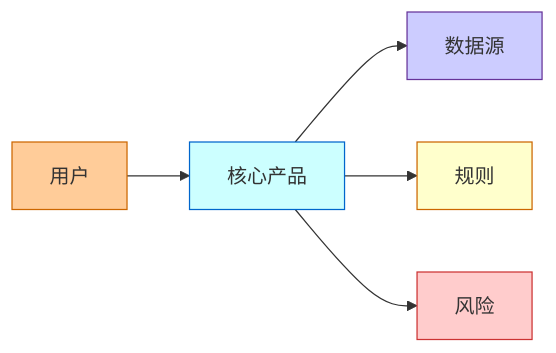
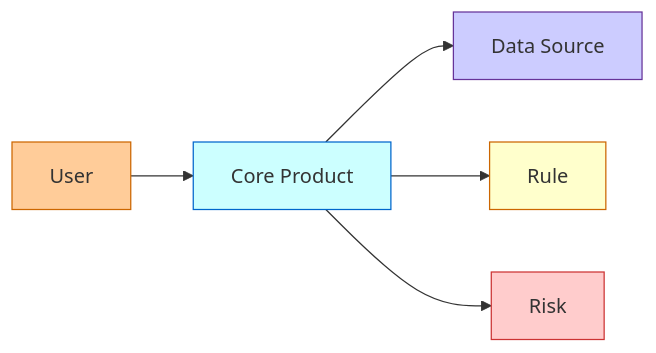
The first of 9 diagrams in references/diagram-patterns.md (xyjunco/junco-skill), drawn with Mermaid before and after one commit. The commit also changed other lines of this file and 6 other files, not shown here.

````diff
--- a/references/diagram-patterns.md
+++ b/references/diagram-patterns.md
@@ -29,21 +29,21 @@
 ```mermaid
 graph LR
-  User["用户"] --> Product["核心产品"]
-  Product --> Data["数据源"]
-  Product --> Rule["规则"]
-  Product --> Risk["风险"]
+  User["User"] --> Product["Core Product"]
+  Product --> Data["Data Source"]
+  Product --> Rule["Rule"]
+  Product --> Risk["Risk"]
 
   class User actor;
   class Product core;
   class Data data;
   class Rule control;
   class Risk risk;
 
   classDef actor fill:#FFCC99,stroke:#CC6600,color:#333333;
   classDef core fill:#CCFFFF,stroke:#0066CC,color:#333333;
   classDef runtime fill:#CCFFCC,stroke:#009966,color:#333333;
   classDef control fill:#FFFFCC,stroke:#CC6600,color:#333333;
   classDef data fill:#CCCCFF,stroke:#663399,color:#333333;
   classDef risk fill:#FFCCCC,stroke:#CC3333,color:#333333;
   classDef neutral fill:#FFFFFF,stroke:#999999,color:#333333;
 ```
````
